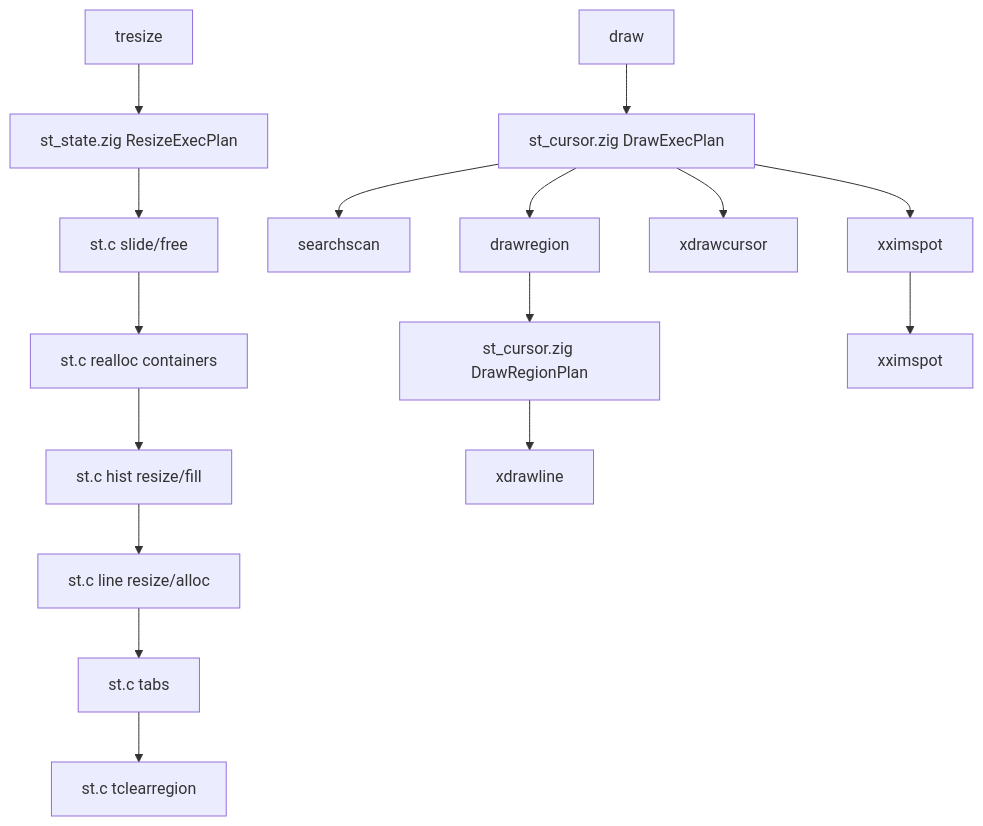
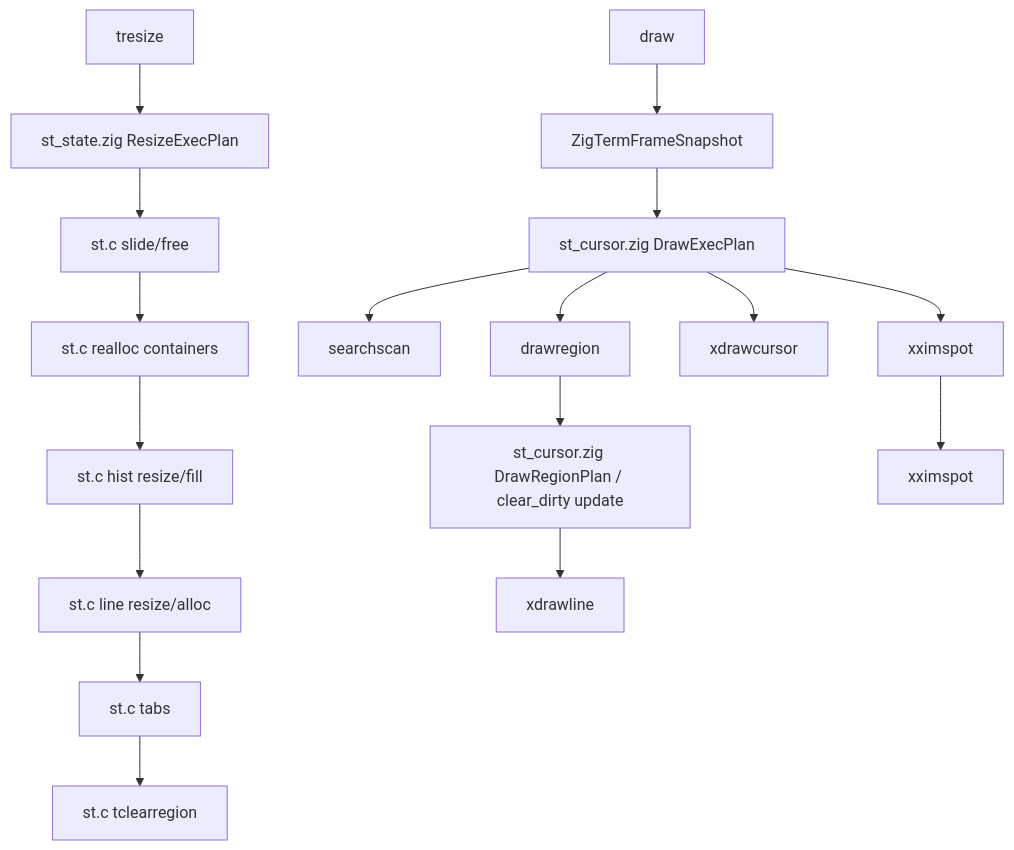
Before and after one commit to zdzDesigner/st: the seventh of 9 diagrams in docs/architecture-flow.md, drawn with Mermaid. The commit also changed other lines of this file and 4 other files, not shown here.

````diff
--- a/docs/architecture-flow.md
+++ b/docs/architecture-flow.md
@@ -180,19 +180,20 @@
 ```mermaid
 flowchart TD
     Resize[tresize] --> ResizePlan[st_state.zig ResizeExecPlan]
     ResizePlan --> SlideFree[st.c slide/free]
     SlideFree --> Realloc[st.c realloc containers]
     Realloc --> Hist[st.c hist resize/fill]
     Hist --> Rows[st.c line resize/alloc]
     Rows --> Tabs[st.c tabs]
     Tabs --> Clear[st.c tclearregion]
 
-    Draw[draw] --> Frame[st_cursor.zig DrawExecPlan]
+    Draw[draw] --> Snapshot[ZigTermFrameSnapshot]
+    Snapshot --> Frame[st_cursor.zig DrawExecPlan]
     Frame --> SearchScan[searchscan]
     Frame --> Region[drawregion]
-    Region --> DirtyGate[st_cursor.zig DrawRegionPlan]
+    Region --> DirtyGate[st_cursor.zig DrawRegionPlan / clear_dirty update]
     DirtyGate --> XDraw[xdrawline]
     Frame --> XCursor[xdrawcursor]
     Frame --> ImeSpot[xximspot]
     ImeSpot --> XXim[xximspot]
 ```
````
